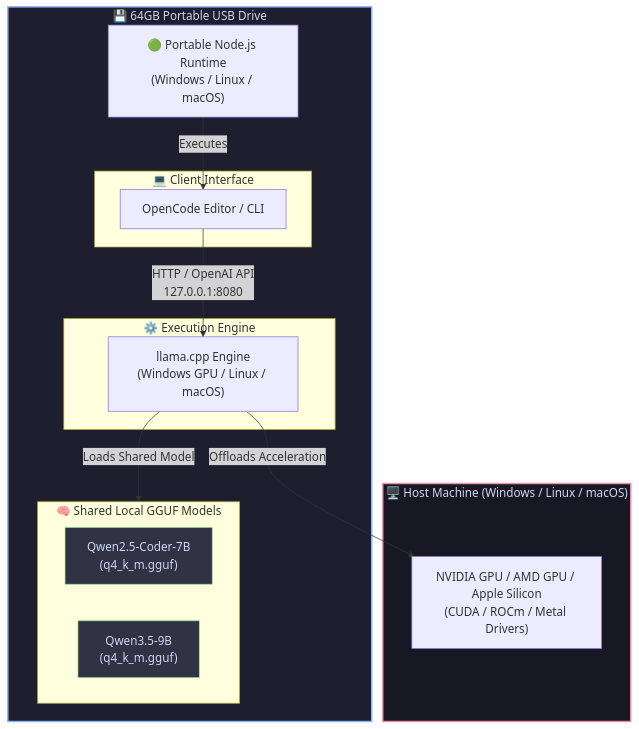
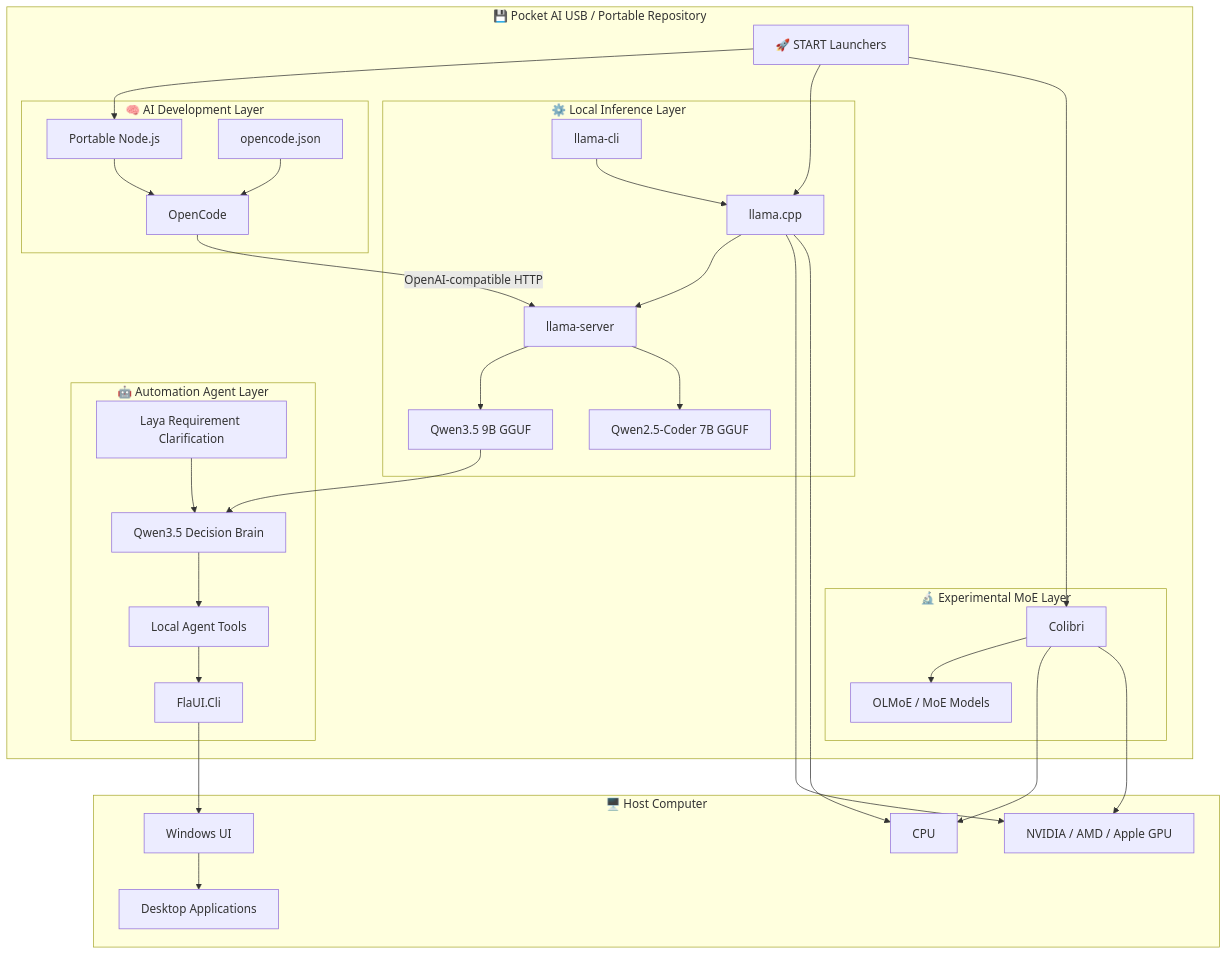
Before and after one commit to AJGyro/Pocket-AI: the first of 9 diagrams in README.md, drawn with Mermaid. The commit also changed other lines of this file, not shown here.

````diff
--- a/README.md
+++ b/README.md
@@ -26,37 +48,69 @@
 ```mermaid
 graph TD
-    subgraph USB_Drive["💾 64GB Portable USB Drive"]
-        NodeRuntime["🟢 Portable Node.js Runtime<br/>(Windows / Linux / macOS)"]
-        
-        subgraph ClientLayer["💻 Client Interface"]
-            OpenCode["OpenCode Editor / CLI"]
+
+    subgraph USB["💾 Pocket AI USB / Portable Repository"]
+
+        subgraph AI["🧠 AI Development Layer"]
+            Node["Portable Node.js"]
+            OpenCode["OpenCode"]
+            Config["opencode.json"]
         end
 
-        subgraph ServerLayer["⚙️ Execution Engine"]
-            LlamaEngine["llama.cpp Engine<br/>(Windows GPU / Linux / macOS)"]
+        subgraph LLM["⚙️ Local Inference Layer"]
+            Llama["llama.cpp"]
+            Server["llama-server"]
+            CLI["llama-cli"]
+            Qwen35["Qwen3.5 9B GGUF"]
+            Qwen25["Qwen2.5-Coder 7B GGUF"]
         end
 
-        subgraph ModelStorage["🧠 Shared Local GGUF Models"]
-            QwenCoder["Qwen2.5-Coder-7B<br/>(q4_k_m.gguf)"]
-            QwenGeneral["Qwen3.5-9B<br/>(q4_k_m.gguf)"]
+        subgraph Agent["🤖 Automation Agent Layer"]
+            Brain["Qwen3.5 Decision Brain"]
+            Tools["Local Agent Tools"]
+            FlaUI["FlaUI.Cli"]
+            Laya["Laya Requirement Clarification"]
         end
+
+        subgraph MoE["🔬 Experimental MoE Layer"]
+            Colibri["Colibri"]
+            OLMoE["OLMoE / MoE Models"]
+        end
+
+        Start["🚀 START Launchers"]
     end
 
-    subgraph HostSystem["🖥️ Host Machine (Windows / Linux / macOS)"]
-        Hardware["NVIDIA GPU / AMD GPU / Apple Silicon<br/>(CUDA / ROCm / Metal Drivers)"]
+    subgraph HOST["🖥️ Host Computer"]
+        CPU["CPU"]
+        GPU["NVIDIA / AMD / Apple GPU"]
+        Windows["Windows UI"]
+        Apps["Desktop Applications"]
     end
 
-    %% Flow Connections
-    NodeRuntime -->|Executes| OpenCode
-    OpenCode -->|HTTP / OpenAI API<br/>127.0.0.1:8080| LlamaEngine
-    LlamaEngine -->|Loads Shared Model| ModelStorage
-    LlamaEngine -->|Offloads Acceleration| Hardware
+    Start --> Node
+    Start --> Llama
+    Start --> Colibri
 
-    classDef usbStyle fill:#1e1e2e,stroke:#89b4fa,stroke-width:2px,color:#cdd6f4;
-    classDef hostStyle fill:#181825,stroke:#f38ba8,stroke-width:2px,color:#cdd6f4;
-    classDef modelStyle fill:#313244,stroke:#a6e3a1,stroke-width:1px,color:#cdd6f4;
+    Node --> OpenCode
+    Config --> OpenCode
+    OpenCode -->|OpenAI-compatible HTTP| Server
 
-    class USB_Drive usbStyle;
-    class HostSystem hostStyle;
-    class QwenCoder,QwenGeneral modelStyle;
+    Server --> Qwen35
+    Server --> Qwen25
+    Llama --> Server
+    CLI --> Llama
+
+    Qwen35 --> Brain
+    Brain --> Tools
+    Tools --> FlaUI
+    Laya --> Brain
+
+    FlaUI --> Windows
+    Windows --> Apps
+
+    Colibri --> OLMoE
+
+    Llama --> GPU
+    Llama --> CPU
+    Colibri --> CPU
+    Colibri --> GPU
 ```
````
